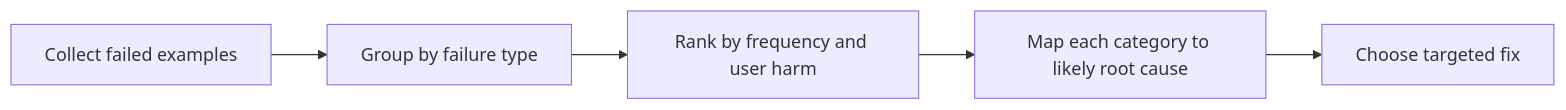
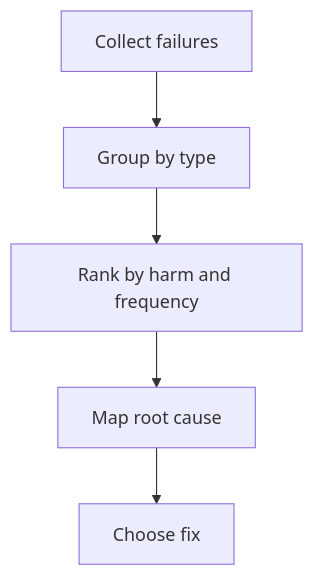
One commit to ArslanArda/ai-pm-playbook changed the diagram in skills/ai-pm-playbook/references/playbook/02-evaluation-design/frameworks/error-analysis.md. Above: the diagram before and after it, drawn with Mermaid. The commit also changed 9 other files, not shown here.

Commit message:
Make workflow diagrams render more reliably on GitHub

````diff
--- a/skills/ai-pm-playbook/references/playbook/02-evaluation-design/frameworks/error-analysis.md
+++ b/skills/ai-pm-playbook/references/playbook/02-evaluation-design/frameworks/error-analysis.md
@@ -15,7 +15,7 @@
 ```mermaid
-flowchart LR
-    A["Collect failed examples"] --> B["Group by failure type"]
-    B --> C["Rank by frequency and user harm"]
-    C --> D["Map each category to likely root cause"]
-    D --> E["Choose targeted fix"]
+flowchart TD
+    A["Collect failures"] --> B["Group by type"]
+    B --> C["Rank by harm and frequency"]
+    C --> D["Map root cause"]
+    D --> E["Choose fix"]
 ```
````
